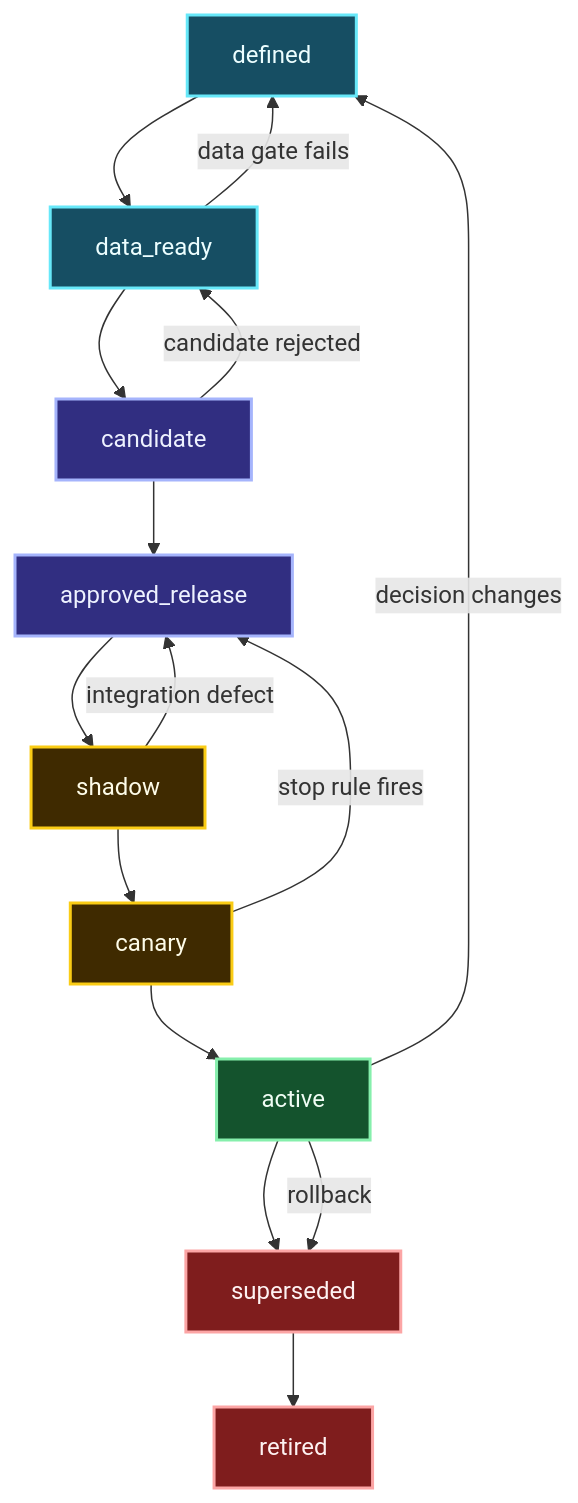
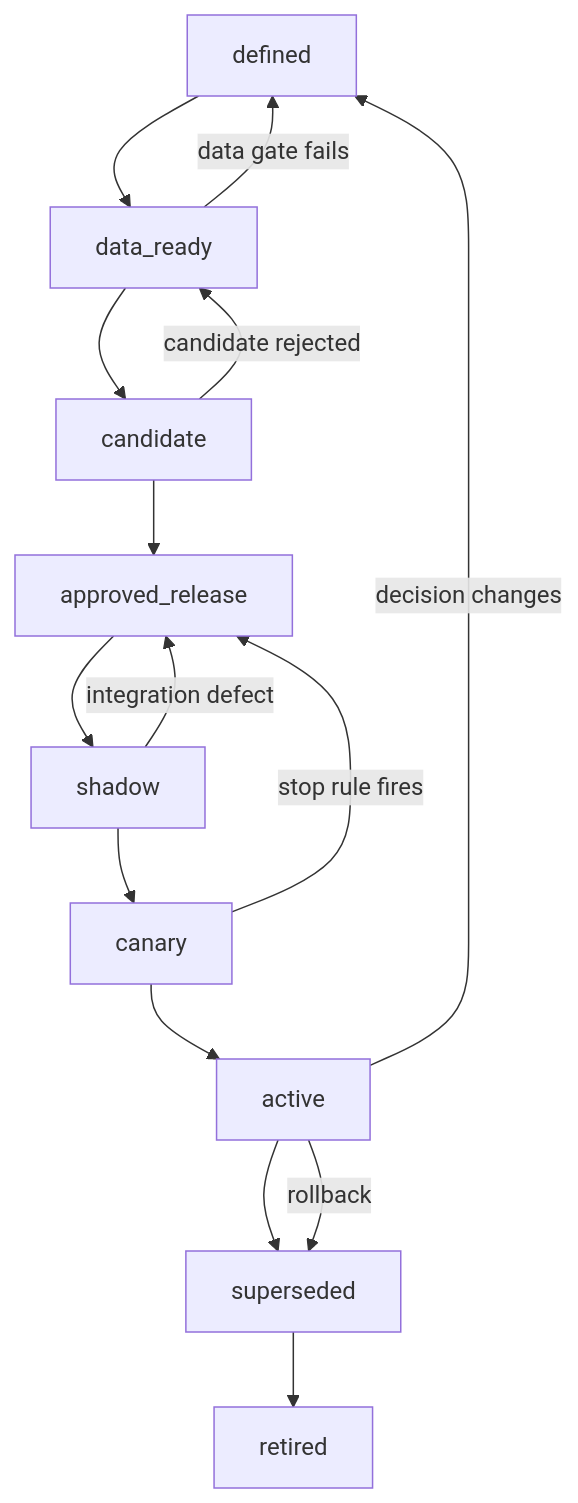
One commit to senlinyy/dev-roadmaps changed the second of 4 diagrams in roadmaps/mlops/modules/mlops-foundations/what-mlops-solves/02-ml-system-lifecycle.md. Above: the diagram before and after it, drawn with Mermaid. The commit also changed other lines of this file and 152 other files, not shown here.

Commit message:
feat: mlops and diagrams updated

````diff
--- a/roadmaps/mlops/modules/mlops-foundations/what-mlops-solves/02-ml-system-lifecycle.md
+++ b/roadmaps/mlops/modules/mlops-foundations/what-mlops-solves/02-ml-system-lifecycle.md
@@ -106,29 +107,24 @@
 ```mermaid
 flowchart TD
     P["defined"] --> D["data_ready"]
     D --> C["candidate"]
     C --> A["approved_release"]
     A --> S["shadow"]
     S --> K["canary"]
     K --> R["active"]
     R --> U["superseded"]
     U --> X["retired"]
 
     D -->|data gate fails| P
     C -->|candidate rejected| D
     S -->|integration defect| A
     K -->|stop rule fires| A
     R -->|rollback| U
     R -->|decision changes| P
 
-    classDef define fill:#164E63,stroke:#67E8F9,color:#ECFEFF,stroke-width:2px;
-    classDef build fill:#312E81,stroke:#A5B4FC,color:#EEF2FF,stroke-width:2px;
-    classDef release fill:#3F2A00,stroke:#FACC15,color:#FEFCE8,stroke-width:2px;
-    classDef active fill:#14532D,stroke:#86EFAC,color:#F0FDF4,stroke-width:2px;
-    classDef stop fill:#7F1D1D,stroke:#FCA5A5,color:#FEF2F2,stroke-width:2px;
     class P,D define;
     class C,A build;
     class S,K release;
     class R active;
     class U,X stop;
 ```
````
